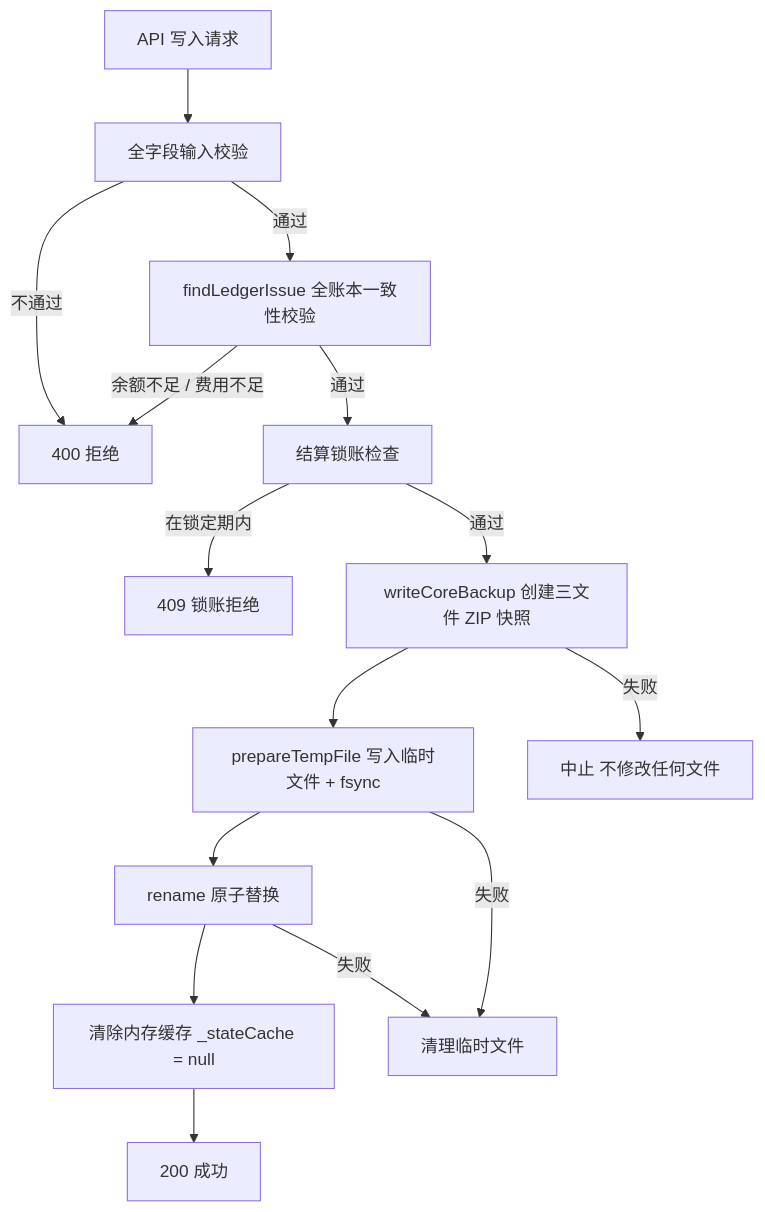
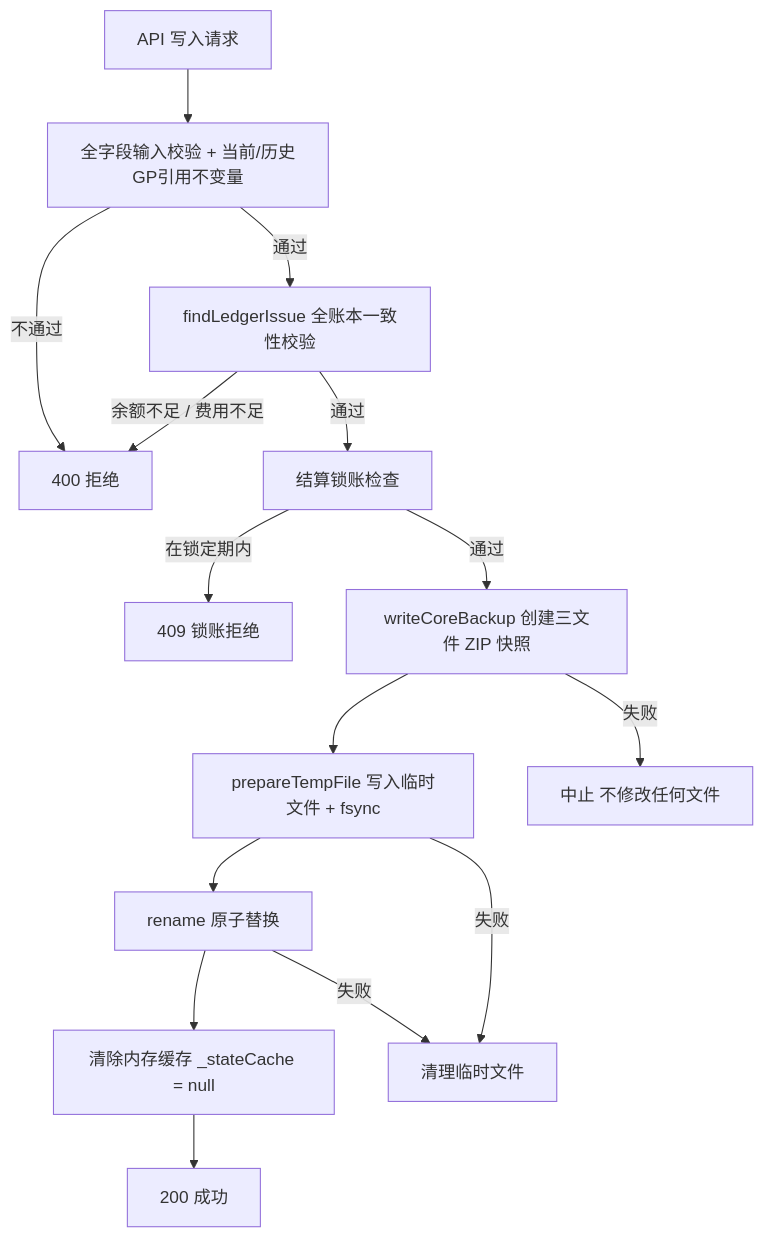
The third of 7 diagrams in ARCHITECTURE.md (kamen-exaid/family-fund-manager), drawn with Mermaid before and after one commit. The commit also changed other lines of this file and 19 other files, not shown here.

````diff
--- a/ARCHITECTURE.md
+++ b/ARCHITECTURE.md
@@ -111,17 +123,17 @@
 ```mermaid
 flowchart TD
-    START["API 写入请求"] --> VALIDATE["全字段输入校验"]
+    START["API 写入请求"] --> VALIDATE["全字段输入校验 + 当前/历史GP引用不变量"]
     VALIDATE -->|不通过| REJECT["400 拒绝"]
     VALIDATE -->|通过| LEDGER_CHECK["findLedgerIssue 全账本一致性校验"]
     LEDGER_CHECK -->|余额不足 / 费用不足| REJECT
     LEDGER_CHECK -->|通过| LOCK_CHECK["结算锁账检查"]
     LOCK_CHECK -->|在锁定期内| REJECT_LOCK["409 锁账拒绝"]
     LOCK_CHECK -->|通过| BACKUP["writeCoreBackup 创建三文件 ZIP 快照"]
     BACKUP --> TEMP["prepareTempFile 写入临时文件 + fsync"]
     TEMP --> RENAME["rename 原子替换"]
     RENAME --> CACHE_INV["清除内存缓存 _stateCache = null"]
     CACHE_INV --> SUCCESS["200 成功"]
     BACKUP -->|失败| ABORT["中止 不修改任何文件"]
     TEMP -->|失败| CLEANUP["清理临时文件"]
     RENAME -->|失败| CLEANUP
 ```
````
